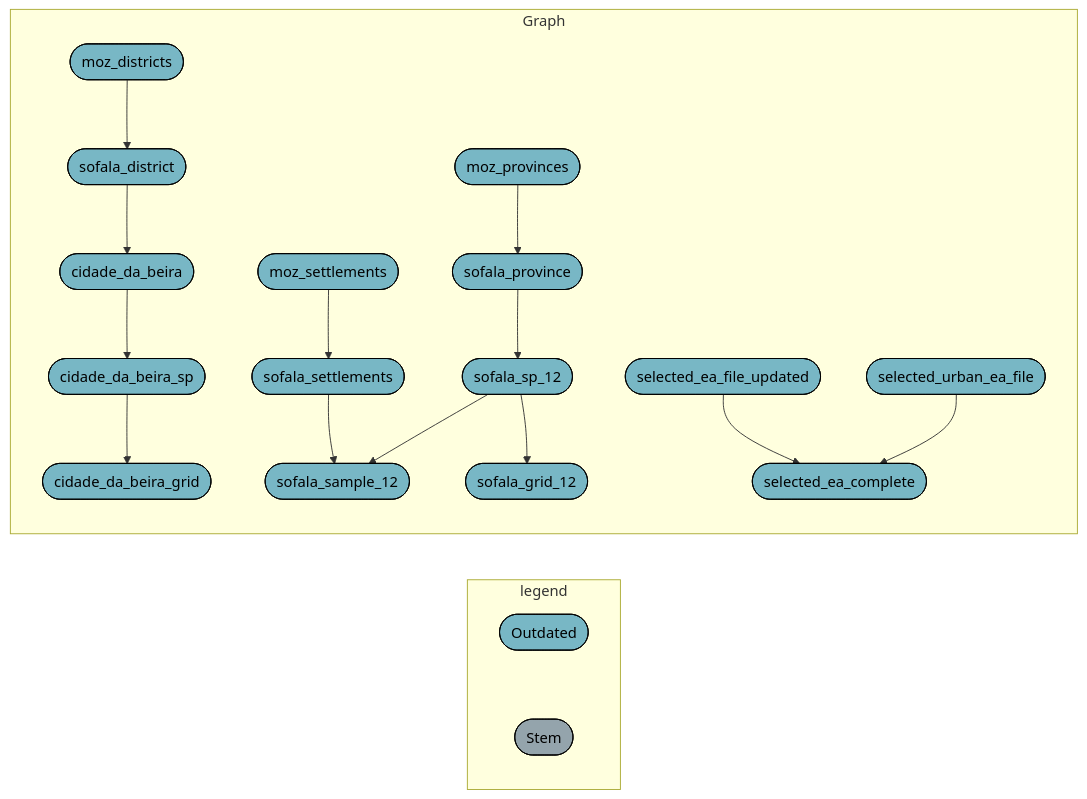
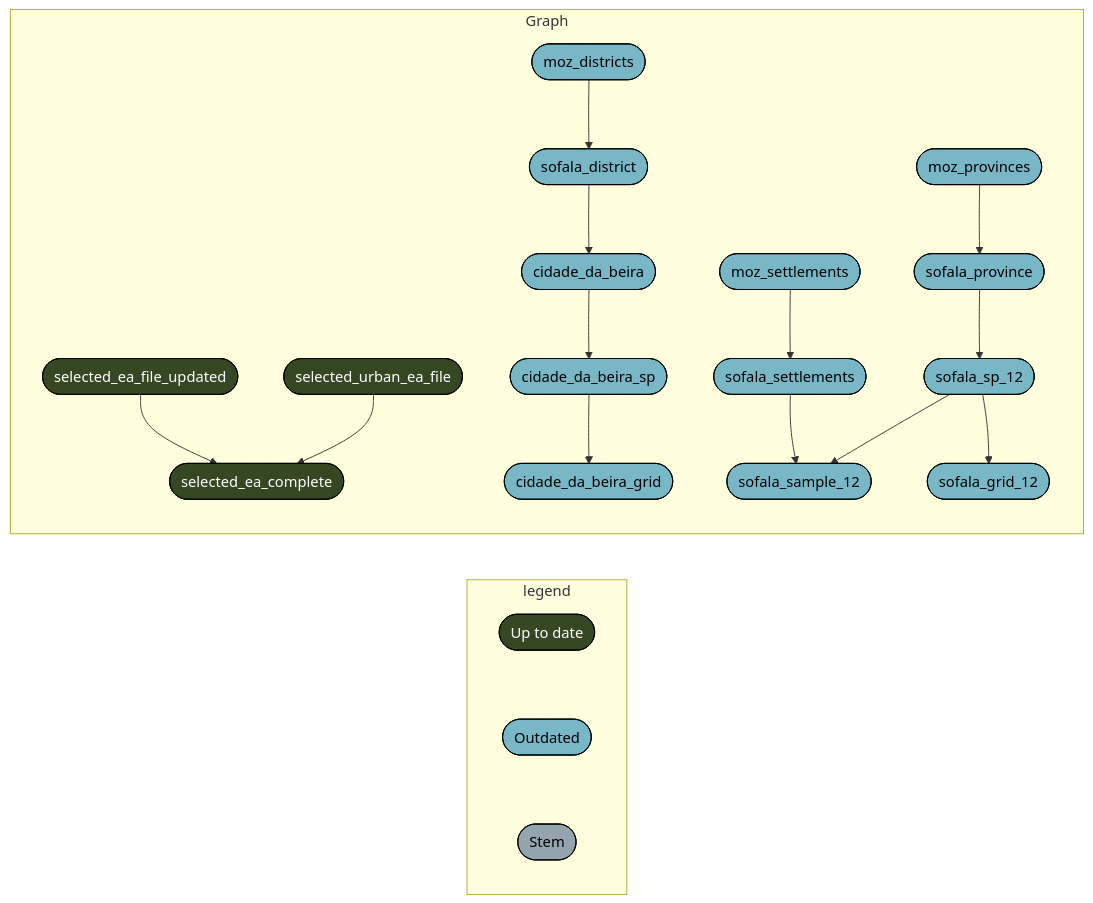
One commit to katilingban/mozambique-s3m changed the first of 15 diagrams in README.md. Above: the diagram before and after it, drawn with Mermaid. The commit also changed other lines of this file and 1 other file, not shown here.

````diff
--- a/README.md
+++ b/README.md
@@ -27,23 +27,26 @@
 ``` mermaid
 graph LR
   subgraph legend
+    x7420bd9270f8d27d([""Up to date""]):::uptodate --- x0a52b03877696646([""Outdated""]):::outdated
     x0a52b03877696646([""Outdated""]):::outdated --- xbf4603d6c2c2ad6b([""Stem""]):::none
   end
   subgraph Graph
-    x36ac982d46cbe0a5(["sofala_sp_12"]):::outdated --> x3e8475df052020ee(["sofala_grid_12"]):::outdated
-    xac05260670c94749(["sofala_district"]):::outdated --> x07b06a64d6979765(["cidade_da_beira"]):::outdated
-    x2ae35f7d7ffcedde(["moz_districts"]):::outdated --> xac05260670c94749(["sofala_district"]):::outdated
+    x3fcad629bf609680(["selected_ea_file_updated"]):::uptodate --> x92e3f678d50e7191(["selected_ea_complete"]):::uptodate
+    xfdb6a9b6a0e24e2c(["selected_urban_ea_file"]):::uptodate --> x92e3f678d50e7191(["selected_ea_complete"]):::uptodate
+    x216c8615edb5b18d(["cidade_da_beira_sp"]):::outdated --> x91135f521fae67c1(["cidade_da_beira_grid"]):::outdated
     xeb7dee2731da6b05(["moz_settlements"]):::outdated --> xb7ac41c07a011c84(["sofala_settlements"]):::outdated
+    x89b92e016b1a0789(["sofala_province"]):::outdated --> x36ac982d46cbe0a5(["sofala_sp_12"]):::outdated
     x07b06a64d6979765(["cidade_da_beira"]):::outdated --> x216c8615edb5b18d(["cidade_da_beira_sp"]):::outdated
-    x216c8615edb5b18d(["cidade_da_beira_sp"]):::outdated --> x91135f521fae67c1(["cidade_da_beira_grid"]):::outdated
     xb7ac41c07a011c84(["sofala_settlements"]):::outdated --> xbac0d63338e90727(["sofala_sample_12"]):::outdated
     x36ac982d46cbe0a5(["sofala_sp_12"]):::outdated --> xbac0d63338e90727(["sofala_sample_12"]):::outdated
-    x89b92e016b1a0789(["sofala_province"]):::outdated --> x36ac982d46cbe0a5(["sofala_sp_12"]):::outdated
+    xac05260670c94749(["sofala_district"]):::outdated --> x07b06a64d6979765(["cidade_da_beira"]):::outdated
     x75893273a2726411(["moz_provinces"]):::outdated --> x89b92e016b1a0789(["sofala_province"]):::outdated
-    x3fcad629bf609680(["selected_ea_file_updated"]):::outdated --> x92e3f678d50e7191(["selected_ea_complete"]):::outdated
-    xfdb6a9b6a0e24e2c(["selected_urban_ea_file"]):::outdated --> x92e3f678d50e7191(["selected_ea_complete"]):::outdated
+    x36ac982d46cbe0a5(["sofala_sp_12"]):::outdated --> x3e8475df052020ee(["sofala_grid_12"]):::outdated
+    x2ae35f7d7ffcedde(["moz_districts"]):::outdated --> xac05260670c94749(["sofala_district"]):::outdated
   end
+  classDef uptodate stroke:#000000,color:#ffffff,fill:#354823;
   classDef outdated stroke:#000000,color:#000000,fill:#78B7C5;
   classDef none stroke:#000000,color:#000000,fill:#94a4ac;
   linkStyle 0 stroke-width:0px;
+  linkStyle 1 stroke-width:0px;
 ```
````
